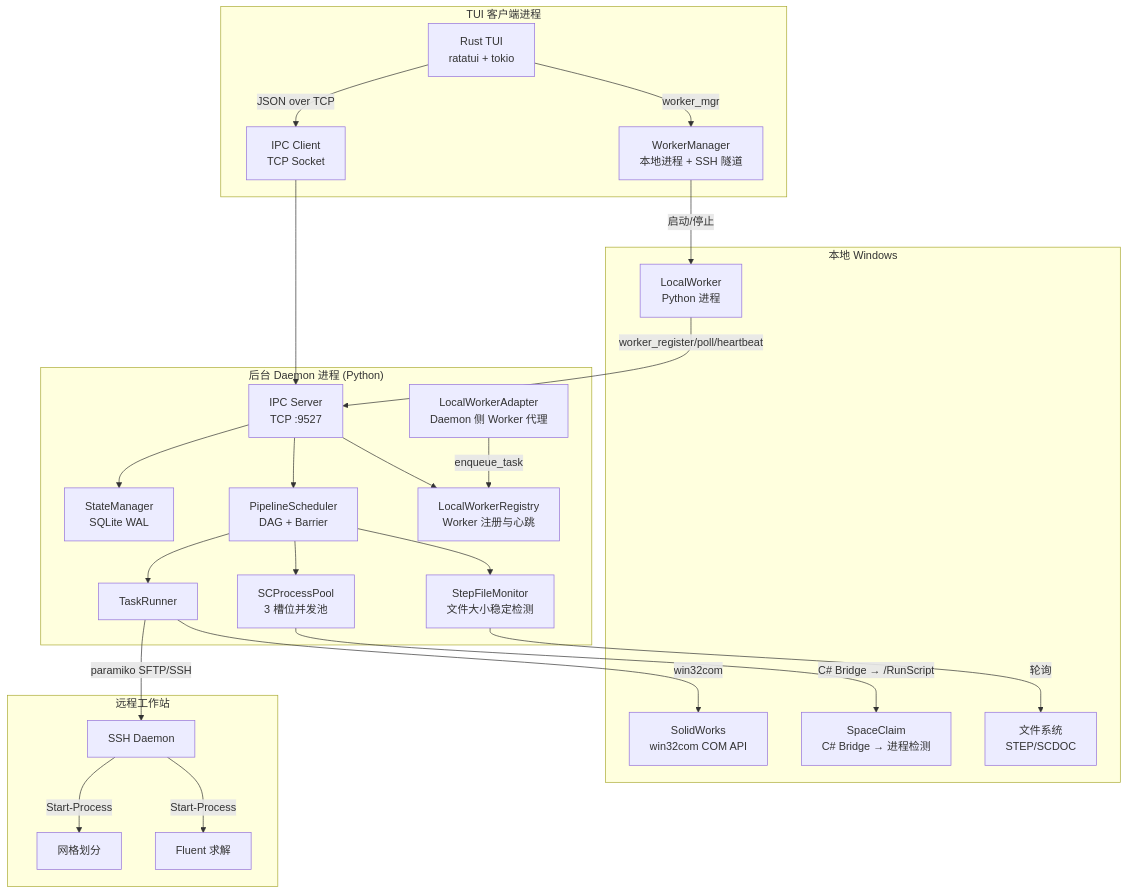
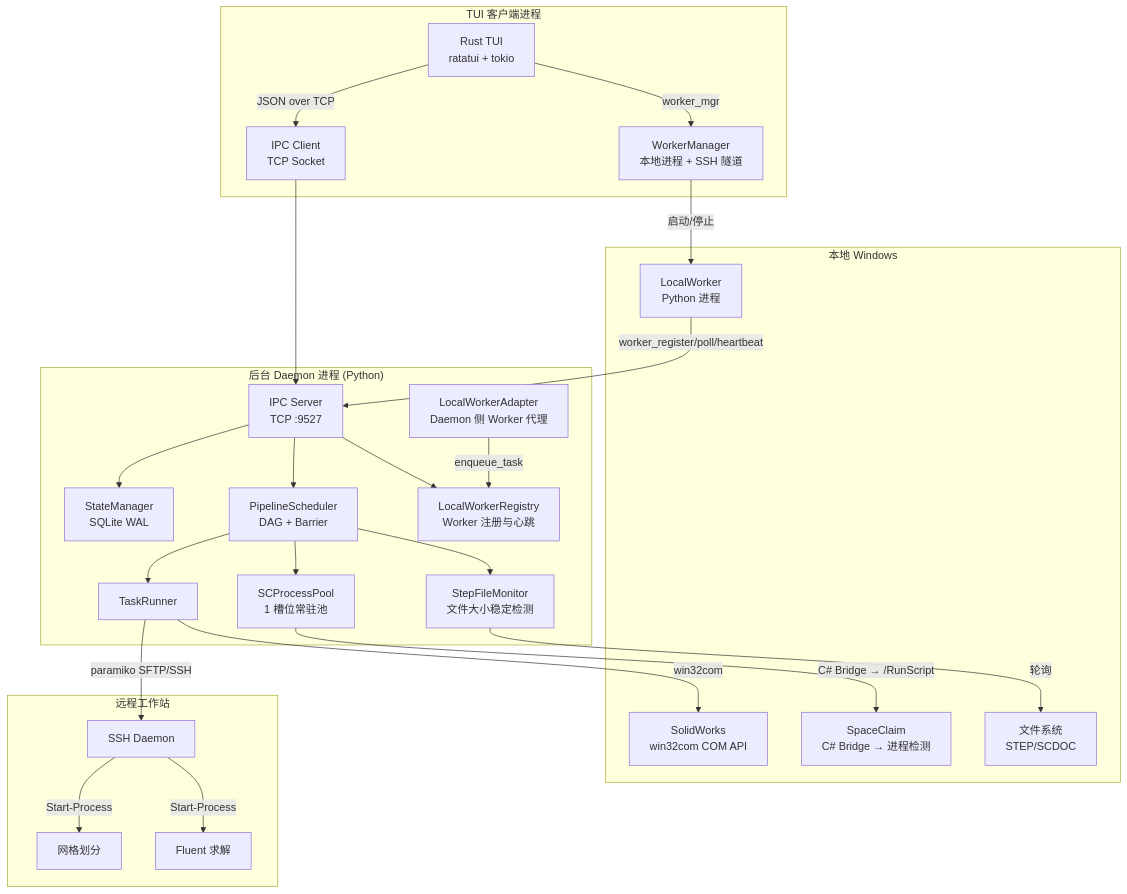
Before and after one commit to Hab1nA/AutoFluidSimulation: the diagram in README.md, drawn with Mermaid. The commit also changed other lines of this file and 5 other files, not shown here.

````diff
--- a/README.md
+++ b/README.md
@@ -29,51 +29,51 @@
 ```mermaid
 graph TB
     subgraph "TUI 客户端进程"
         TUI[Rust TUI<br/>ratatui + tokio]
         IPC_C[IPC Client<br/>TCP Socket]
         WM[WorkerManager<br/>本地进程 + SSH 隧道]
     end
 
     subgraph "后台 Daemon 进程 (Python)"
         IPC_S[IPC Server<br/>TCP :9527]
         SM[StateManager<br/>SQLite WAL]
         SCH[PipelineScheduler<br/>DAG + Barrier]
         TR[TaskRunner]
-        SCPOOL[SCProcessPool<br/>3 槽位并发池]
+        SCPOOL[SCProcessPool<br/>1 槽位常驻池]
         FM[StepFileMonitor<br/>文件大小稳定检测]
         LWR[LocalWorkerRegistry<br/>Worker 注册与心跳]
         LWA[LocalWorkerAdapter<br/>Daemon 侧 Worker 代理]
     end
 
     subgraph "本地 Windows"
         LW[LocalWorker<br/>Python 进程]
         SW[SolidWorks<br/>win32com COM API]
         SC[SpaceClaim<br/>C# Bridge → 进程检测]
         FS[文件系统<br/>STEP/SCDOC]
     end
 
     subgraph "远程工作站"
         SSH[SSH Daemon]
         MESH[网格划分]
         SOLVER[Fluent 求解]
     end
 
     TUI -->|JSON over TCP| IPC_C
     IPC_C --> IPC_S
     IPC_S --> SM
     IPC_S --> SCH
     IPC_S --> LWR
     SCH --> FM
     SCH --> TR
     SCH --> SCPOOL
     TR -->|win32com| SW
     SCPOOL -->|C# Bridge → /RunScript| SC
     TR -->|paramiko SFTP/SSH| SSH
     SSH -->|Start-Process| MESH
     SSH -->|Start-Process| SOLVER
     FM -->|轮询| FS
     LW -->|worker_register/poll/heartbeat| IPC_S
     LWA -->|enqueue_task| LWR
     TUI -->|worker_mgr| WM
     WM -->|启动/停止| LW
 ```
````
